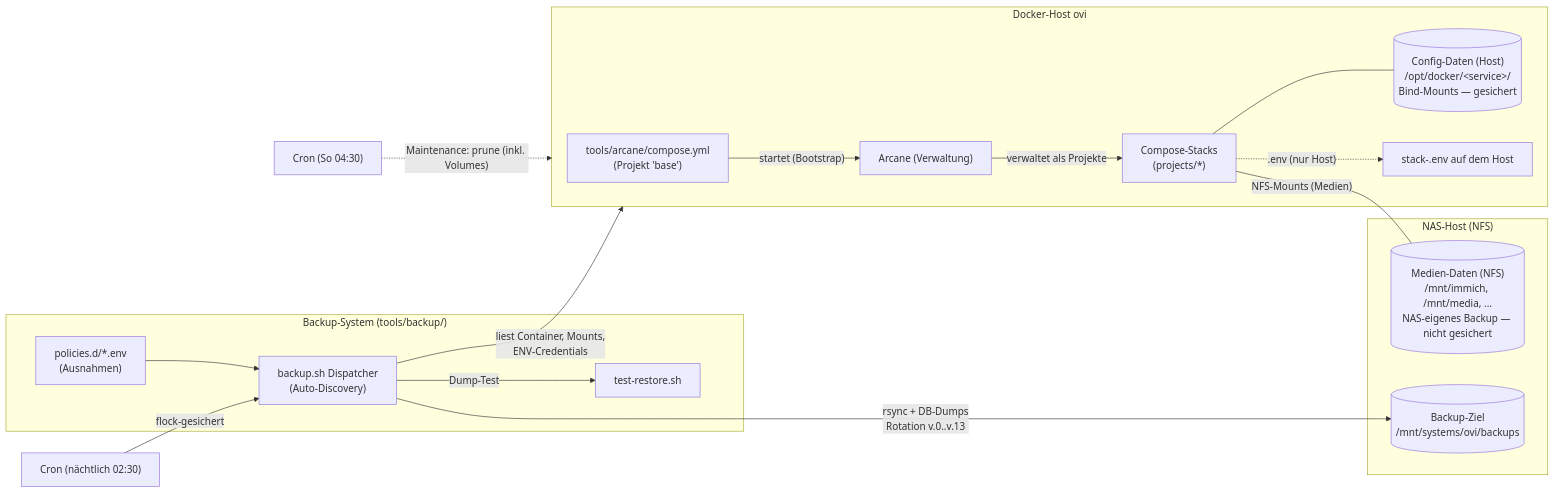
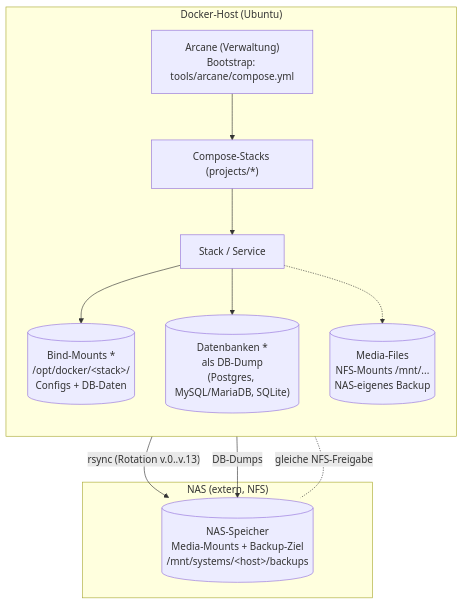
The diagram in README.md (yauh-mistral/homelab-docker-stack), drawn with Mermaid before and after one commit. The commit also changed other lines of this file and 5 other files, not shown here.

Commit message:
docs: Host-Name personalisiert -> generisch (Docker-Host, <host>-Platzhalter in Pfaden); Mermaid als Runtime-Sicht neu (drei Datenarten pro Stack/Service, * = gesichert, flowchart TB)

````diff
--- a/README.md
+++ b/README.md
@@ -43,29 +45,20 @@
 ```mermaid
-flowchart LR
-
-    subgraph ovi["Docker-Host ovi"]
-        B["tools/arcane/compose.yml<br/>(Projekt 'base')"] -->|"startet (Bootstrap)"| A
-        A["Arcane (Verwaltung)"] -->|"verwaltet als Projekte"| S["Compose-Stacks<br/>(projects/*)"]
-        S --- CFG[("Config-Daten (Host)<br/>/opt/docker/&lt;service&gt;/<br/>Bind-Mounts — gesichert")]
-        S -.->|".env (nur Host)"| E["stack-.env auf dem Host"]
+flowchart TB
+    subgraph host["Docker-Host (Ubuntu)"]
+        direction TB
+        A["Arcane (Verwaltung)<br/>Bootstrap: tools/arcane/compose.yml"]
+        A --> S["Compose-Stacks (projects/*)"]
+        S --> STK["Stack / Service"]
+        STK --> BD[("Bind-Mounts *<br/>/opt/docker/&lt;stack&gt;/<br/>Configs + DB-Daten")]
+        STK --> DB[("Datenbanken *<br/>als DB-Dump<br/>(Postgres, MySQL/MariaDB, SQLite)")]
+        STK -.-> MF[("Media-Files<br/>NFS-Mounts /mnt/...<br/>NAS-eigenes Backup")]
     end
 
-    subgraph nas["NAS-Host (NFS)"]
-        MEDIA[("Medien-Daten (NFS)<br/>/mnt/immich, /mnt/media, ...<br/>NAS-eigenes Backup — nicht gesichert")]
-        BKPTGT[("Backup-Ziel<br/>/mnt/systems/ovi/backups")]
+    subgraph nas["NAS (extern, NFS)"]
+        NAS[("NAS-Speicher<br/>Media-Mounts + Backup-Ziel<br/>/mnt/systems/&lt;host&gt;/backups")]
     end
 
-    subgraph backupsys["Backup-System (tools/backup/)"]
-        D["backup.sh Dispatcher<br/>(Auto-Discovery)"]
-        P["policies.d/*.env<br/>(Ausnahmen)"]
-        T["test-restore.sh"]
-    end
-
-    S ---|"NFS-Mounts (Medien)"| MEDIA
-    D -->|"liest Container, Mounts,<br/>ENV-Credentials"| ovi
-    P --> D
-    D -->|"rsync + DB-Dumps<br/>Rotation v.0..v.13"| BKPTGT
-    D -->|"Dump-Test"| T
-    C["Cron (nächtlich 02:30)"] -->|"flock-gesichert"| D
-    M["Cron (So 04:30)"] -.->|"Maintenance: prune (inkl. Volumes)"| ovi
+    BD -->|"rsync (Rotation v.0..v.13)"| NAS
+    DB -->|"DB-Dumps"| NAS
+    MF -.-|"gleiche NFS-Freigabe"| NAS
 ```
````
